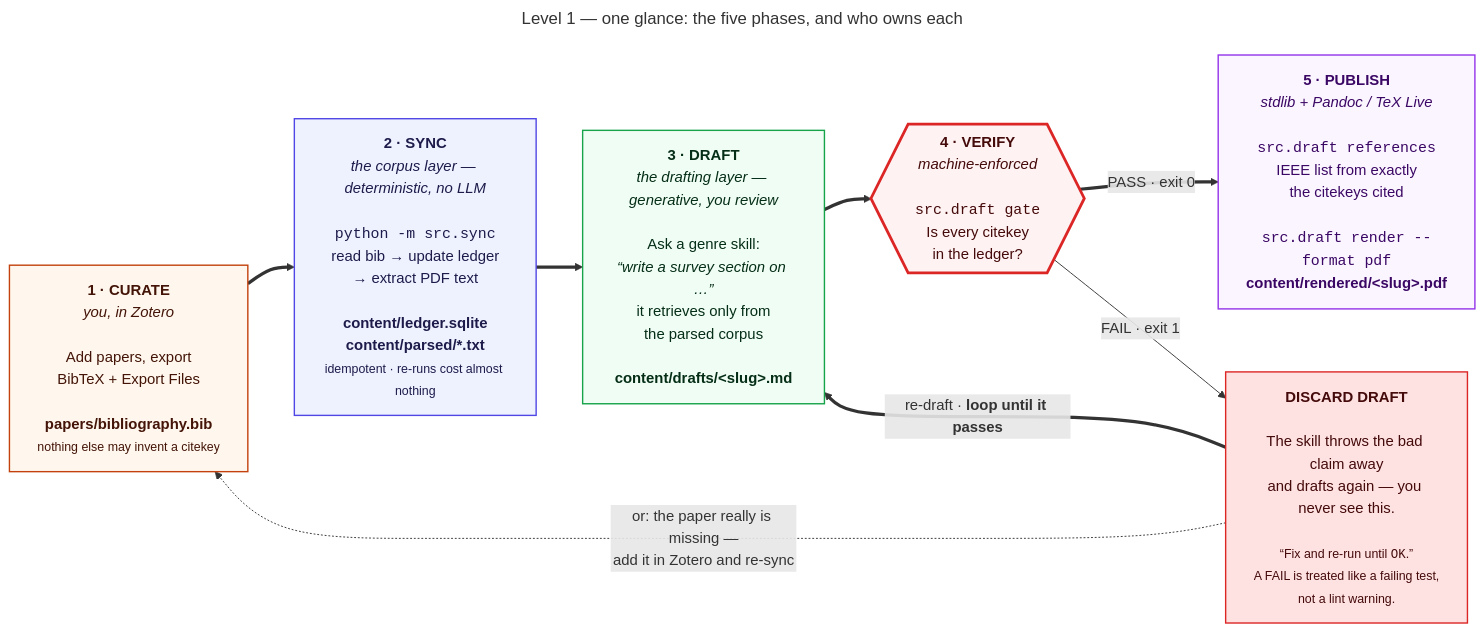
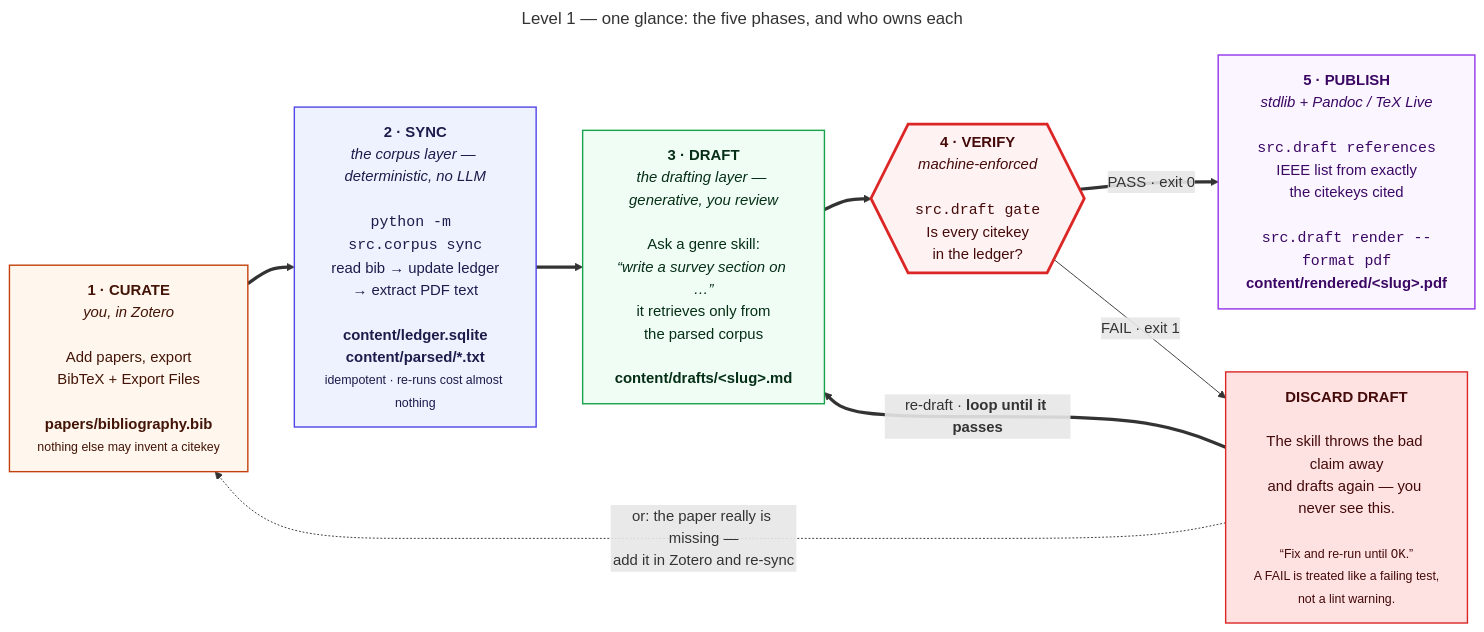
The diagram in docs/diagrams/v1-overview.mmd (prasadtalasila/chitragupta), drawn with Mermaid before and after one commit. The commit also changed 89 other files, not shown here.

```diff
--- a/docs/diagrams/v1-overview.mmd
+++ b/docs/diagrams/v1-overview.mmd
@@ -1,36 +1,36 @@
 ---
 title: "Level 1 — one glance: the five phases, and who owns each"
 ---
 flowchart LR
 
   P0["<b>1 · CURATE</b><br/><i>you, in Zotero</i><br/><br/>Add papers, export<br/>BibTeX + Export Files<br/><br/><b>papers/bibliography.bib</b><br/><small>nothing else may invent a citekey</small>"]
 
-  P1["<b>2 · SYNC</b><br/><i>the corpus layer — deterministic, no LLM</i><br/><br/><code>python -m src.sync</code><br/>read bib → update ledger<br/>→ extract PDF text<br/><br/><b>content/ledger.sqlite</b><br/><b>content/parsed/*.txt</b><br/><small>idempotent · re-runs cost almost nothing</small>"]
+  P1["<b>2 · SYNC</b><br/><i>the corpus layer — deterministic, no LLM</i><br/><br/><code>python -m src.corpus sync</code><br/>read bib → update ledger<br/>→ extract PDF text<br/><br/><b>content/ledger.sqlite</b><br/><b>content/parsed/*.txt</b><br/><small>idempotent · re-runs cost almost nothing</small>"]
 
   P2["<b>3 · DRAFT</b><br/><i>the drafting layer — generative, you review</i><br/><br/>Ask a genre skill:<br/><i>“write a survey section on …”</i><br/>it retrieves only from<br/>the parsed corpus<br/><br/><b>content/drafts/&lt;slug&gt;.md</b>"]
 
   P3{{"<b>4 · VERIFY</b><br/><i>machine-enforced</i><br/><br/><code>src.draft gate</code><br/>Is every citekey<br/>in the ledger?"}}
 
   P4["<b>5 · PUBLISH</b><br/><i>stdlib + Pandoc / TeX Live</i><br/><br/><code>src.draft references</code><br/>IEEE list from exactly<br/>the citekeys cited<br/><br/><code>src.draft render --format pdf</code><br/><b>content/rendered/&lt;slug&gt;.pdf</b>"]
 
   FIX["<b>DISCARD DRAFT</b><br/><br/>The skill throws the bad claim away<br/>and drafts again — you never see this.<br/><br/><small>“Fix and re-run until <code>OK</code>.”<br/>A FAIL is treated like a failing test,<br/>not a lint warning.</small>"]
 
   P0 ==> P1 ==> P2 ==> P3
   P3 == "PASS · exit 0" ==> P4
   P3 -- "FAIL · exit 1" --> FIX
   FIX == "re-draft · <b>loop until it passes</b>" ==> P2
   FIX -. "or: the paper really is missing —<br/>add it in Zotero and re-sync" .-> P0
 
   classDef you fill:#fff7ed,stroke:#c2410c,stroke-width:1.5px,color:#431407
   classDef det fill:#eef2ff,stroke:#4f46e5,stroke-width:1.5px,color:#1e1b4b
   classDef gen fill:#f0fdf4,stroke:#16a34a,stroke-width:1.5px,color:#052e16
   classDef gate fill:#fef2f2,stroke:#dc2626,stroke-width:3px,color:#450a0a
   classDef out fill:#faf5ff,stroke:#9333ea,stroke-width:1.5px,color:#3b0764
   classDef bad fill:#fee2e2,stroke:#dc2626,stroke-width:1.5px,color:#450a0a
 
   class P0 you
   class P1 det
   class P2 gen
   class P3 gate
   class P4 out
   class FIX bad
```
